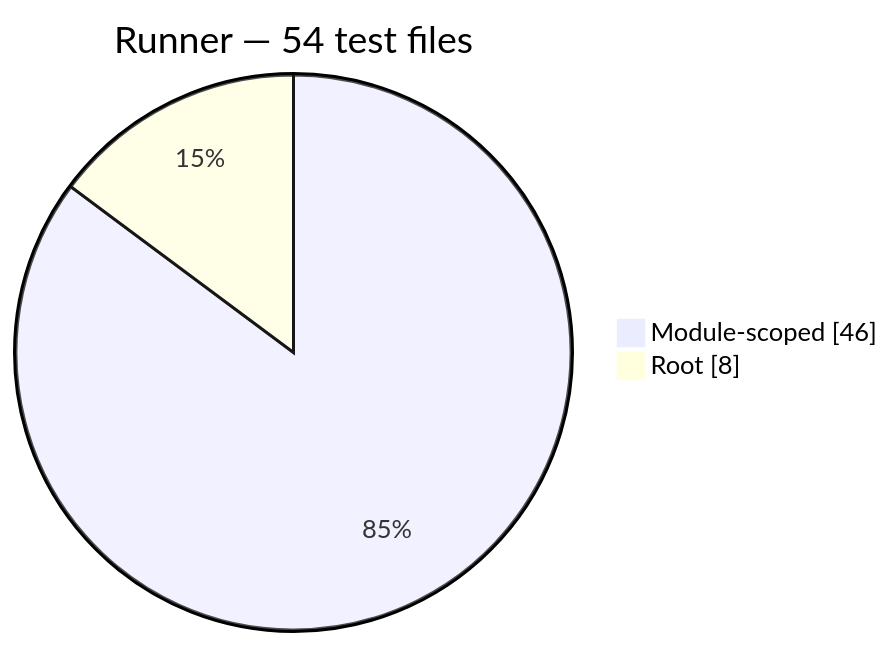
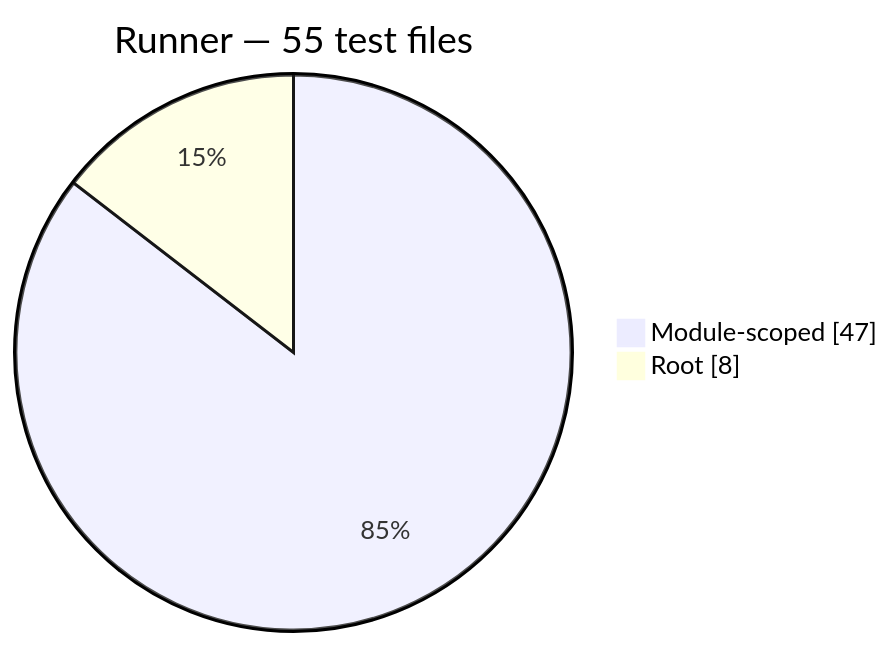
One commit to Mohammed-Alama/php-arazzo changed the seventh of 13 diagrams in docs/generated/test-composition.md. Above: the diagram before and after it, drawn with Mermaid. The commit also changed other lines of this file and 12 other files, not shown here.

````diff
--- a/docs/generated/test-composition.md
+++ b/docs/generated/test-composition.md
@@ -102,6 +102,6 @@
 ```mermaid
 pie showData
-    title Runner — 54 test files
-    "Module-scoped": 46
+    title Runner — 55 test files
+    "Module-scoped": 47
     "Root": 8
 ```
````
